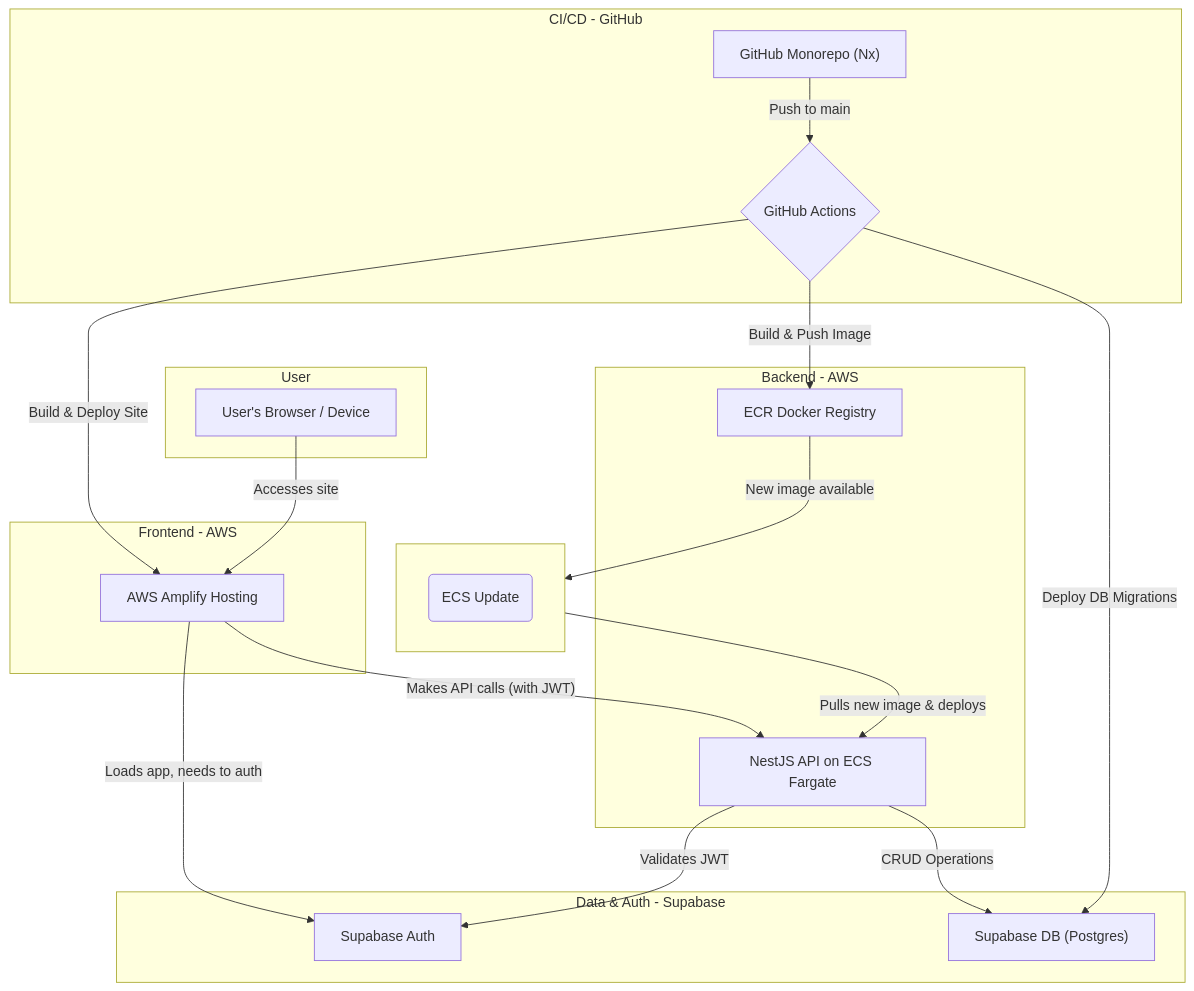
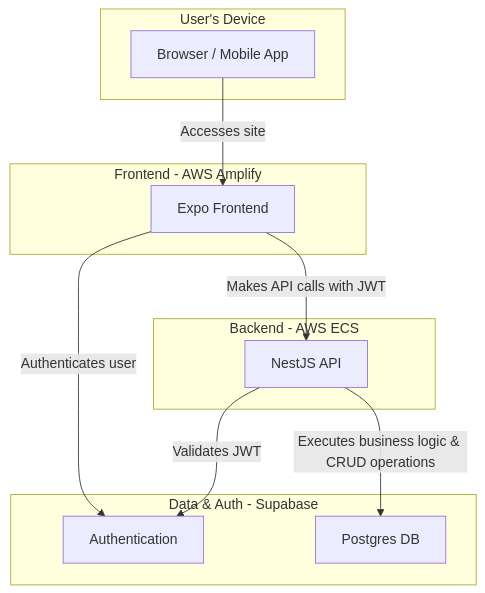
Before and after one commit to jakubkalinowski97/autonote: the first of 2 diagrams in System_Architecture.md, drawn with Mermaid. The commit also changed other lines of this file, not shown here.

Commit message:
Revise system architecture documentation for improved clarity and structure
- Updated the System_Architecture.md file to rename sections and enhance the architecture diagrams, including clearer labels for user devices and backend services.
- Improved descriptions of user interactions, backend processes, and CI/CD deployment flows for better understanding.
- Standardized terminology and formatting across the document to ensure consistency.

````diff
--- a/System_Architecture.md
+++ b/System_Architecture.md
@@ -19,45 +21,28 @@
 ```mermaid
 graph TD
-    subgraph "User"
-        U["User's Browser / Device"]
+    subgraph "User's Device"
+        U["Browser / Mobile App"]
     end
 
-    subgraph "CI/CD - GitHub"
-        Repo["GitHub Monorepo (Nx)"] -- "Push to main" --> Actions{"GitHub Actions"}
+    subgraph "Frontend - AWS Amplify"
+        Amplify["Expo Frontend"]
     end
 
-    subgraph "Frontend - AWS"
-        Amplify["AWS Amplify Hosting"]
-    end
-
-    subgraph "Backend - AWS"
-        ECS["NestJS API on ECS Fargate"]
-        ECR["ECR Docker Registry"]
+    subgraph "Backend - AWS ECS"
+        ECS["NestJS API"]
     end
 
     subgraph "Data & Auth - Supabase"
-        SupabaseDB["Supabase DB (Postgres)"]
-        SupabaseAuth["Supabase Auth"]
+        SupabaseDB["Postgres DB"]
+        SupabaseAuth["Authentication"]
     end
 
     %% User Flow
     U -- "Accesses site" --> Amplify
-    Amplify -- "Loads app, needs to auth" --> SupabaseAuth
-    Amplify -- "Makes API calls (with JWT)" --> ECS
-
+    Amplify -- "Authenticates user" --> SupabaseAuth
+    Amplify -- "Makes API calls with JWT" --> ECS
+    
     %% Backend Flow
     ECS -- "Validates JWT" --> SupabaseAuth
-    ECS -- "CRUD Operations" --> SupabaseDB
-
-    %% Deployment Flow
-    Actions -- "Build & Deploy Site" --> Amplify
-    Actions -- "Build & Push Image" --> ECR
-    Actions -- "Deploy DB Migrations" --> SupabaseDB
-    
-    ECR -- "New image available" --> ECS_Event
-    subgraph " "
-      direction LR
-      ECS_Event(ECS Update)
-    end
-    ECS_Event -- "Pulls new image & deploys" --> ECS
+    ECS -- "Executes business logic & CRUD operations" --> SupabaseDB
 ```
````
